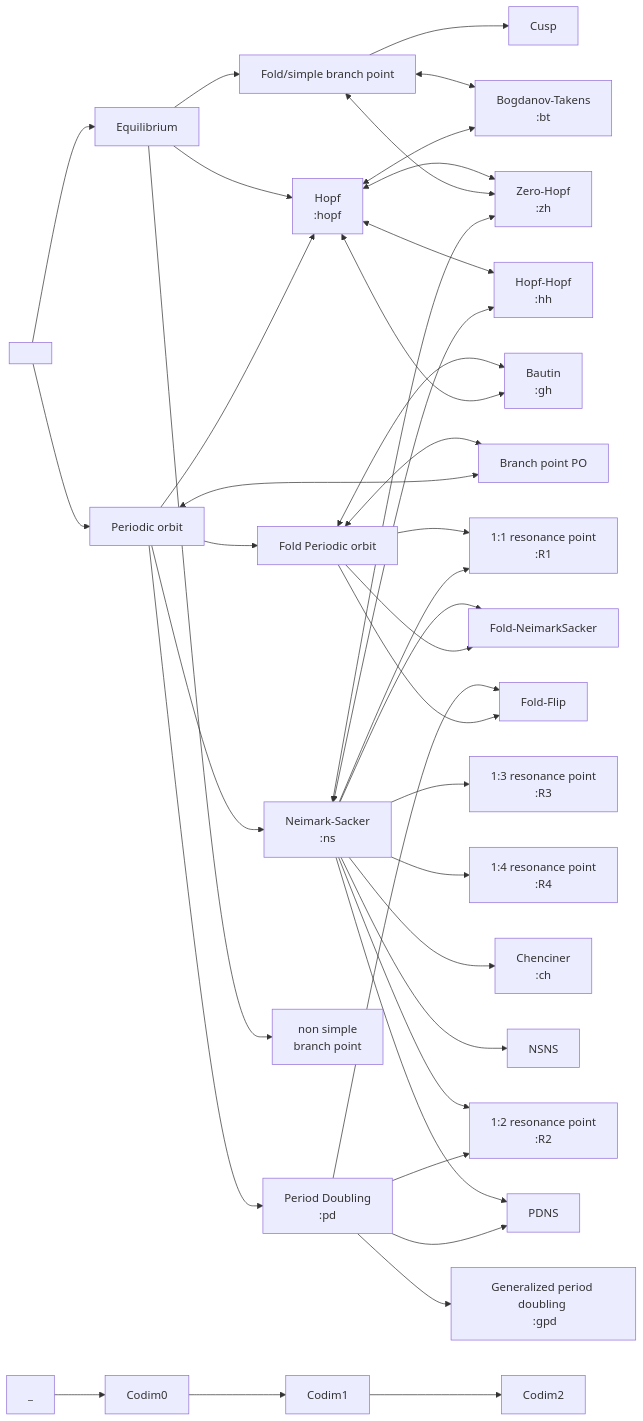
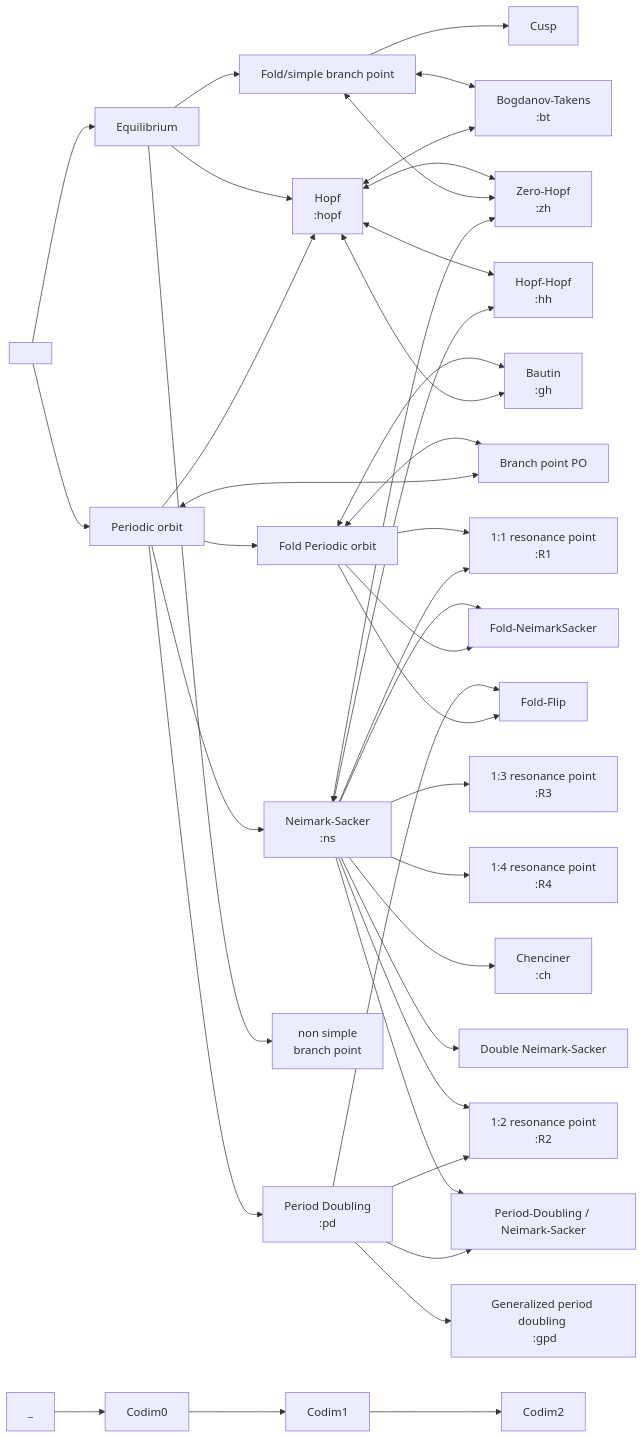
The diagram in docs/src/capabilities.md (bifurcationkit/BifurcationKitDocs.jl), drawn with Mermaid before and after one commit. The commit also changed other lines of this file and 25 other files, not shown here.

````diff
--- a/docs/src/capabilities.md
+++ b/docs/src/capabilities.md
@@ -102,71 +102,72 @@
 ```mermaid
 graph LR
     S[  ]
     C[ Equilibrium ]
     PO[ Periodic orbit ]
     BP[ Fold/simple branch point ]
     H[ Hopf \n :hopf]
     CP[Cusp]
     BT[ Bogdanov-Takens \n :bt ]
     ZH[Zero-Hopf \n :zh]
     GH[Bautin \n :gh]
     HH[Hopf-Hopf \n :hh]
     FPO[ Fold Periodic orbit ]
     NS[ Neimark-Sacker \n :ns]
     PD[ Period Doubling \n :pd ]
-    BPC[BPC]
     CH[Chenciner \n :ch]
     GPD[Generalized period doubling \n :gpd]
     BPC[Branch point PO]
     LPPD[Fold-Flip]
     LPNS[Fold-NeimarkSacker]
+    NSNS[Double Neimark-Sacker]
+    PDNS[Period-Doubling / Neimark-Sacker]
     R1[1:1 resonance point\n :R1]
     R2[1:2 resonance point\n :R2]
     R3[1:3 resonance point\n :R3]    
     R4[1:4 resonance point\n :R4]
 
     S --> C
     S --> PO
     C --> nBP[ non simple\n branch point ]
     C --> BP
     C --> H
 
     BP --> CP
     BP <--> BT
 
     PO --> H
     PO --> FPO
     PO --> NS
     PO --> PD
 
     FPO <--> GH
     FPO <--> BPC
     FPO --> R1
 
     NS --> R1
     NS --> R3
     NS --> R4
     NS --> CH
     NS --> LPNS
     NS --> NSNS
     NS --> R2
     NS --> PDNS
 
     PD --> PDNS
     PD --> R2
     PD --> LPPD
     PD --> GPD
 
     H <--> BT
     H <--> ZH
     BP <--> ZH
     H <--> HH
     H <--> GH
     NS <--> ZH
     PO <--> BPC
     NS <--> HH
     FPO --> LPNS
     FPO --> LPPD
 
     _ --> Codim0 --> Codim1 --> Codim2
 ```
````
